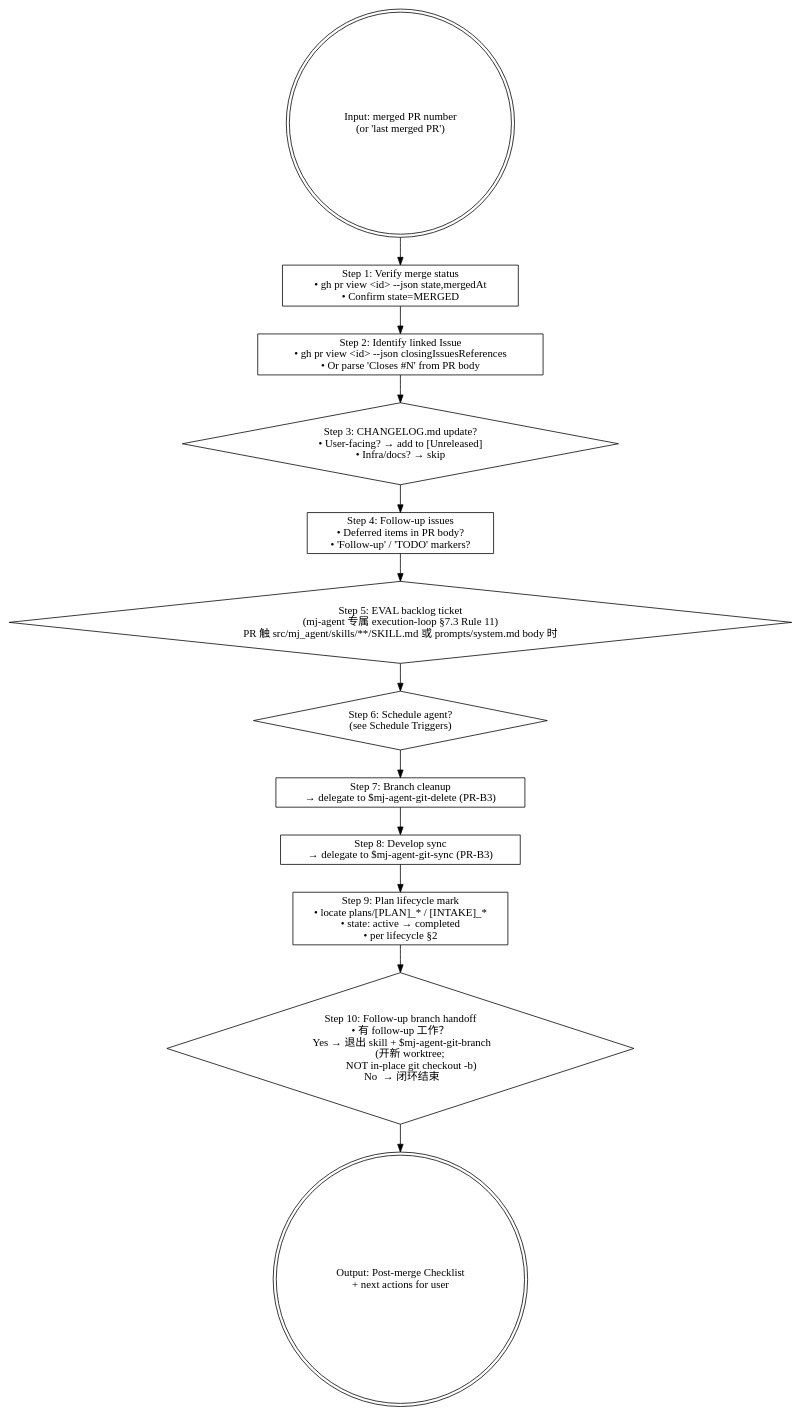
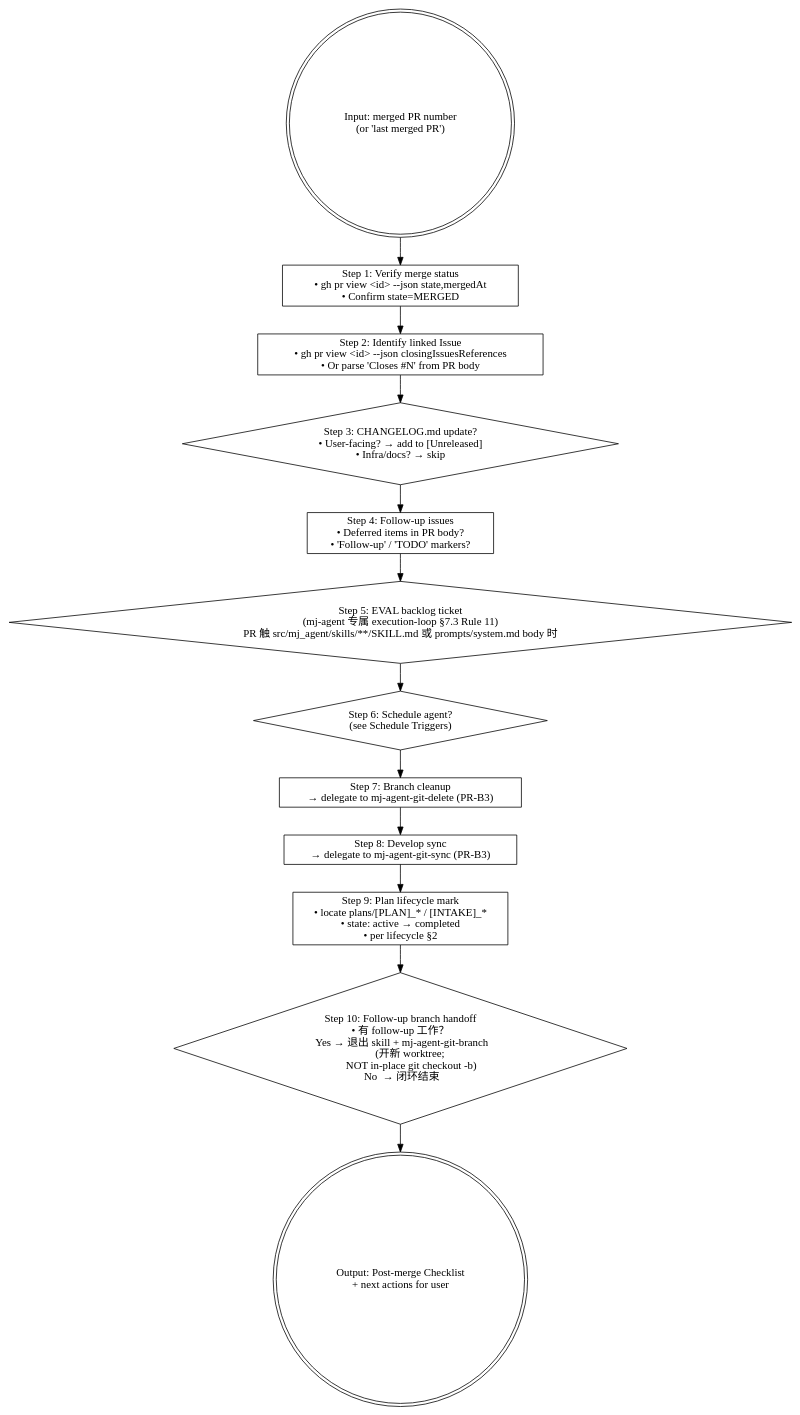
Before and after one commit to MJ-AgentLab/mj-agent: the diagram in .agents/skills/mj-agent-flow-post-merge/SKILL.md, drawn with Graphviz. The commit also changed other lines of this file and 254 other files, not shown here.

````diff
--- a/.agents/skills/mj-agent-flow-post-merge/SKILL.md
+++ b/.agents/skills/mj-agent-flow-post-merge/SKILL.md
@@ -55,21 +38,21 @@
 ```dot
 digraph post_merge {
   rankdir=TB;
   start [label="Input: merged PR number\n(or 'last merged PR')" shape=doublecircle];
 
   s1 [label="Step 1: Verify merge status\n• gh pr view <id> --json state,mergedAt\n• Confirm state=MERGED" shape=box];
   s2 [label="Step 2: Identify linked Issue\n• gh pr view <id> --json closingIssuesReferences\n• Or parse 'Closes #N' from PR body" shape=box];
   s3 [label="Step 3: CHANGELOG.md update?\n• User-facing? → add to [Unreleased]\n• Infra/docs? → skip" shape=diamond];
   s4 [label="Step 4: Follow-up issues\n• Deferred items in PR body?\n• 'Follow-up' / 'TODO' markers?" shape=box];
   s5 [label="Step 5: EVAL backlog ticket\n(mj-agent 专属 execution-loop §7.3 Rule 11)\nPR 触 src/mj_agent/skills/**/SKILL.md 或 prompts/system.md body 时" shape=diamond];
   s6 [label="Step 6: Schedule agent?\n(see Schedule Triggers)" shape=diamond];
-  s7 [label="Step 7: Branch cleanup\n→ delegate to $mj-agent-git-delete (PR-B3)" shape=box];
-  s8 [label="Step 8: Develop sync\n→ delegate to $mj-agent-git-sync (PR-B3)" shape=box];
+  s7 [label="Step 7: Branch cleanup\n→ delegate to mj-agent-git-delete (PR-B3)" shape=box];
+  s8 [label="Step 8: Develop sync\n→ delegate to mj-agent-git-sync (PR-B3)" shape=box];
   s9 [label="Step 9: Plan lifecycle mark\n• locate plans/[PLAN]_* / [INTAKE]_*\n• state: active → completed\n• per lifecycle §2" shape=box];
-  s10 [label="Step 10: Follow-up branch handoff\n• 有 follow-up 工作？\n  Yes → 退出 skill + $mj-agent-git-branch\n        (开新 worktree;\n         NOT in-place git checkout -b)\n  No  → 闭环结束" shape=diamond];
+  s10 [label="Step 10: Follow-up branch handoff\n• 有 follow-up 工作？\n  Yes → 退出 skill + mj-agent-git-branch\n        (开新 worktree;\n         NOT in-place git checkout -b)\n  No  → 闭环结束" shape=diamond];
 
   out [label="Output: Post-merge Checklist\n+ next actions for user" shape=doublecircle];
 
   start -> s1 -> s2 -> s3 -> s4 -> s5 -> s6 -> s7 -> s8 -> s9 -> s10 -> out;
 }
 ```
````
